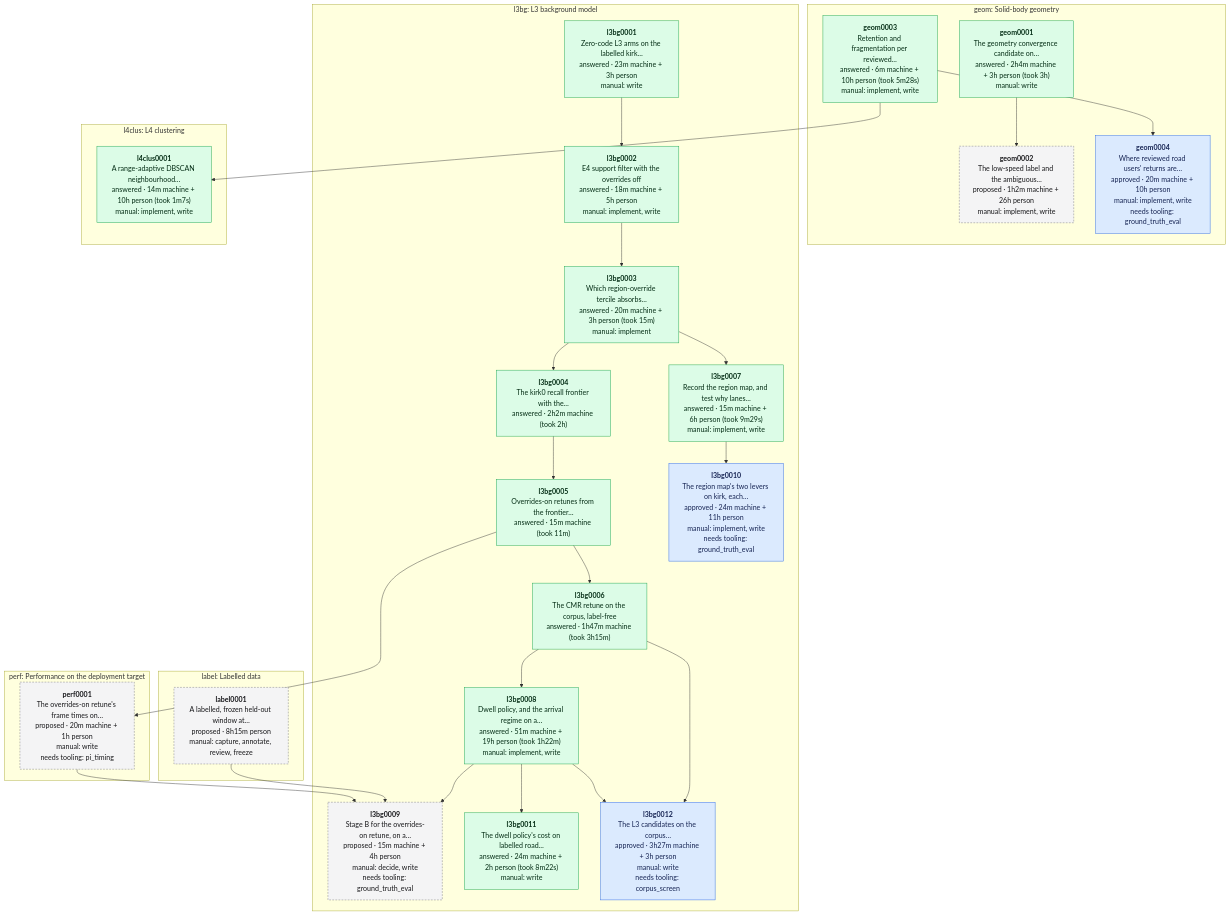
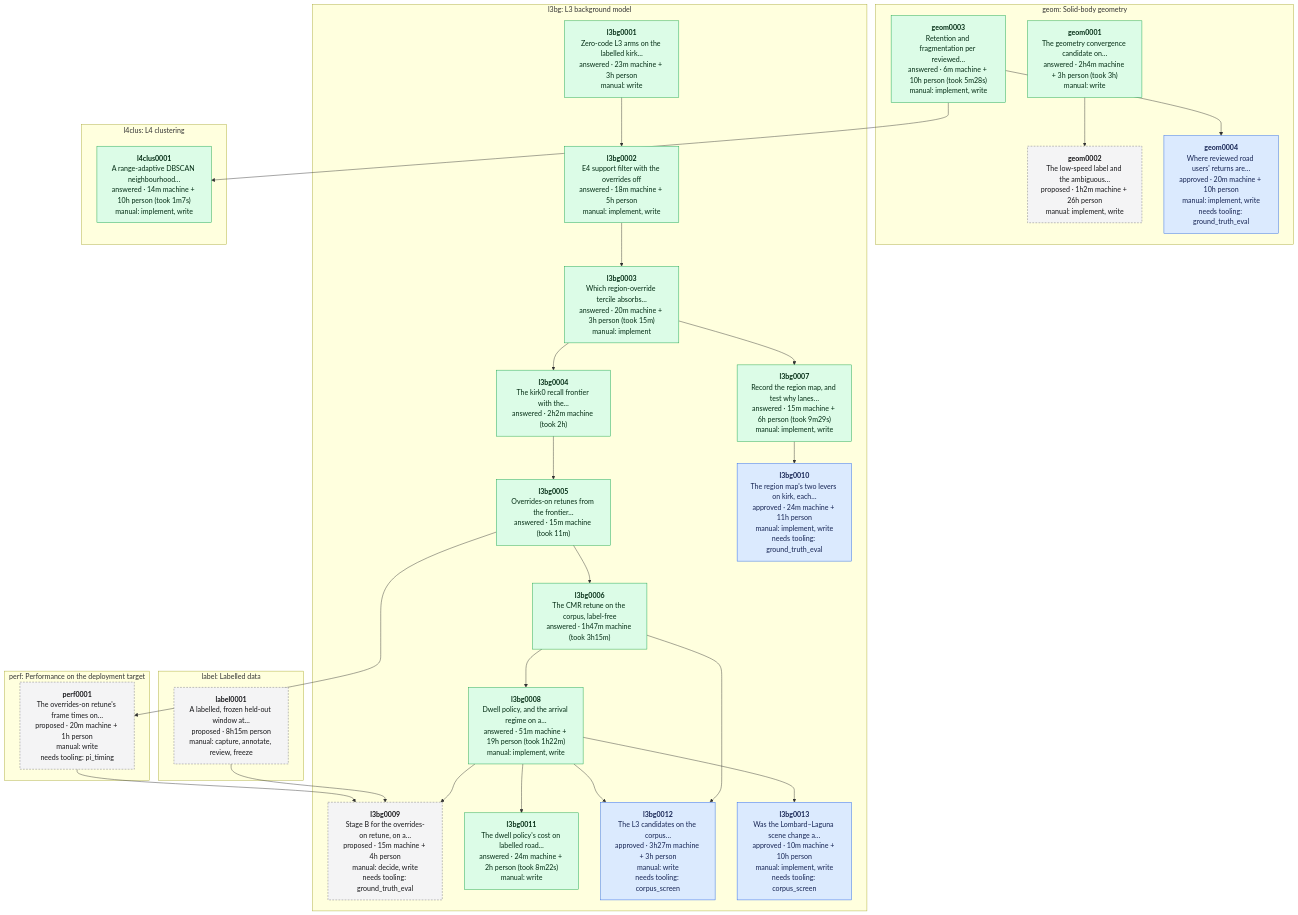
Before and after one commit to banshee-data/velocity.report: the diagram in data/experiments/DEPENDENCIES.md, drawn with Mermaid. The commit also changed other lines of this file and 1 other file, not shown here.

First line of the commit message:
[ai][docs] Spec l3bg0013: was the Lombard–Laguna scene change a sensor pose step?

````diff
--- a/data/experiments/DEPENDENCIES.md
+++ b/data/experiments/DEPENDENCIES.md
@@ -7,54 +7,56 @@
 ```mermaid
 flowchart TB
   classDef proposed fill:#f4f4f5,stroke:#71717a,stroke-dasharray:4 3,color:#18181b
   classDef approved fill:#dbeafe,stroke:#2563eb,color:#172554
   classDef answered fill:#dcfce7,stroke:#16a34a,color:#052e16
   classDef retired fill:#fafafa,stroke:#d4d4d8,color:#71717a
   subgraph area_geom ["geom: Solid-body geometry"]
     geom0001["<b>geom0001</b><br/>The geometry convergence candidate on…<br/>answered · 2h4m machine + 3h person (took 3h)<br/>manual: write"]:::answered
     geom0002["<b>geom0002</b><br/>The low-speed label and the ambiguous…<br/>proposed · 1h2m machine + 26h person<br/>manual: implement, write"]:::proposed
     geom0003["<b>geom0003</b><br/>Retention and fragmentation per reviewed…<br/>answered · 6m machine + 10h person (took 5m28s)<br/>manual: implement, write"]:::answered
     geom0004["<b>geom0004</b><br/>Where reviewed road users' returns are…<br/>approved · 20m machine + 10h person<br/>manual: implement, write<br/>needs tooling: ground_truth_eval"]:::approved
   end
   subgraph area_l3bg ["l3bg: L3 background model"]
     l3bg0001["<b>l3bg0001</b><br/>Zero-code L3 arms on the labelled kirk…<br/>answered · 23m machine + 3h person<br/>manual: write"]:::answered
     l3bg0002["<b>l3bg0002</b><br/>E4 support filter with the overrides off<br/>answered · 18m machine + 5h person<br/>manual: implement, write"]:::answered
     l3bg0003["<b>l3bg0003</b><br/>Which region-override tercile absorbs…<br/>answered · 20m machine + 3h person (took 15m)<br/>manual: implement"]:::answered
     l3bg0004["<b>l3bg0004</b><br/>The kirk0 recall frontier with the…<br/>answered · 2h2m machine (took 2h)"]:::answered
     l3bg0005["<b>l3bg0005</b><br/>Overrides-on retunes from the frontier…<br/>answered · 15m machine (took 11m)"]:::answered
     l3bg0006["<b>l3bg0006</b><br/>The CMR retune on the corpus, label-free<br/>answered · 1h47m machine (took 3h15m)"]:::answered
     l3bg0007["<b>l3bg0007</b><br/>Record the region map, and test why lanes…<br/>answered · 15m machine + 6h person (took 9m29s)<br/>manual: implement, write"]:::answered
     l3bg0008["<b>l3bg0008</b><br/>Dwell policy, and the arrival regime on a…<br/>answered · 51m machine + 19h person (took 1h22m)<br/>manual: implement, write"]:::answered
     l3bg0009["<b>l3bg0009</b><br/>Stage B for the overrides-on retune, on a…<br/>proposed · 15m machine + 4h person<br/>manual: decide, write<br/>needs tooling: ground_truth_eval"]:::proposed
     l3bg0010["<b>l3bg0010</b><br/>The region map's two levers on kirk, each…<br/>approved · 24m machine + 11h person<br/>manual: implement, write<br/>needs tooling: ground_truth_eval"]:::approved
     l3bg0011["<b>l3bg0011</b><br/>The dwell policy's cost on labelled road…<br/>answered · 24m machine + 2h person (took 8m22s)<br/>manual: write"]:::answered
     l3bg0012["<b>l3bg0012</b><br/>The L3 candidates on the corpus…<br/>approved · 3h27m machine + 3h person<br/>manual: write<br/>needs tooling: corpus_screen"]:::approved
+    l3bg0013["<b>l3bg0013</b><br/>Was the Lombard–Laguna scene change a…<br/>approved · 10m machine + 10h person<br/>manual: implement, write<br/>needs tooling: corpus_screen"]:::approved
   end
   subgraph area_l4clus ["l4clus: L4 clustering"]
     l4clus0001["<b>l4clus0001</b><br/>A range-adaptive DBSCAN neighbourhood…<br/>answered · 14m machine + 10h person (took 1m7s)<br/>manual: implement, write"]:::answered
   end
   subgraph area_label ["label: Labelled data"]
     label0001["<b>label0001</b><br/>A labelled, frozen held-out window at…<br/>proposed · 8h15m person<br/>manual: capture, annotate, review, freeze"]:::proposed
   end
   subgraph area_perf ["perf: Performance on the deployment target"]
     perf0001["<b>perf0001</b><br/>The overrides-on retune's frame times on…<br/>proposed · 20m machine + 1h person<br/>manual: write<br/>needs tooling: pi_timing"]:::proposed
   end
   geom0001 --> geom0002
   geom0003 --> geom0004
   l3bg0001 --> l3bg0002
   l3bg0002 --> l3bg0003
   l3bg0003 --> l3bg0004
   l3bg0004 --> l3bg0005
   l3bg0005 --> l3bg0006
   l3bg0003 --> l3bg0007
   l3bg0006 --> l3bg0008
   l3bg0008 --> l3bg0009
   label0001 --> l3bg0009
   perf0001 --> l3bg0009
   l3bg0007 --> l3bg0010
   l3bg0008 --> l3bg0011
   l3bg0006 --> l3bg0012
   l3bg0008 --> l3bg0012
+  l3bg0008 --> l3bg0013
   geom0003 --> l4clus0001
   l3bg0005 --> perf0001
 ```
````
